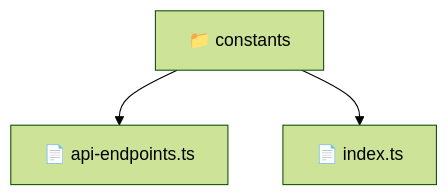
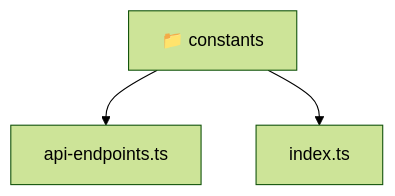
The diagram in frontend/src/core/constants/README.md (beginwebdev2002/fullstack-mavluda), drawn with Mermaid (forest theme) before and after one commit. The commit also changed other lines of this file and 167 other files, not shown here.

````diff
--- a/frontend/src/core/constants/README.md
+++ b/frontend/src/core/constants/README.md
@@ -9,6 +9,8 @@
 ```mermaid
 graph TD
-  Root["📁 constants"]
-  Root --> api_endpoints_ts["📄 api-endpoints.ts"]
-  Root --> index_ts["📄 index.ts"]
+  Root_constants["📁 constants"]
+  f_api_endpoints_ts["api-endpoints.ts"]
+  Root_constants --> f_api_endpoints_ts
+  f_index_ts["index.ts"]
+  Root_constants --> f_index_ts
 ```
````
